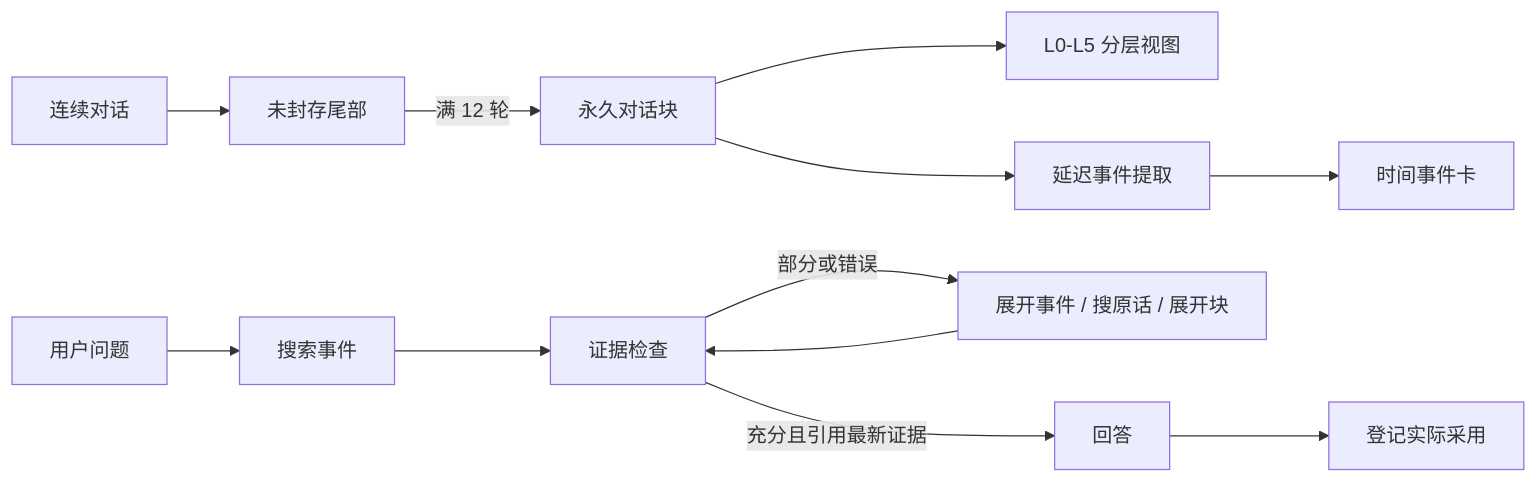
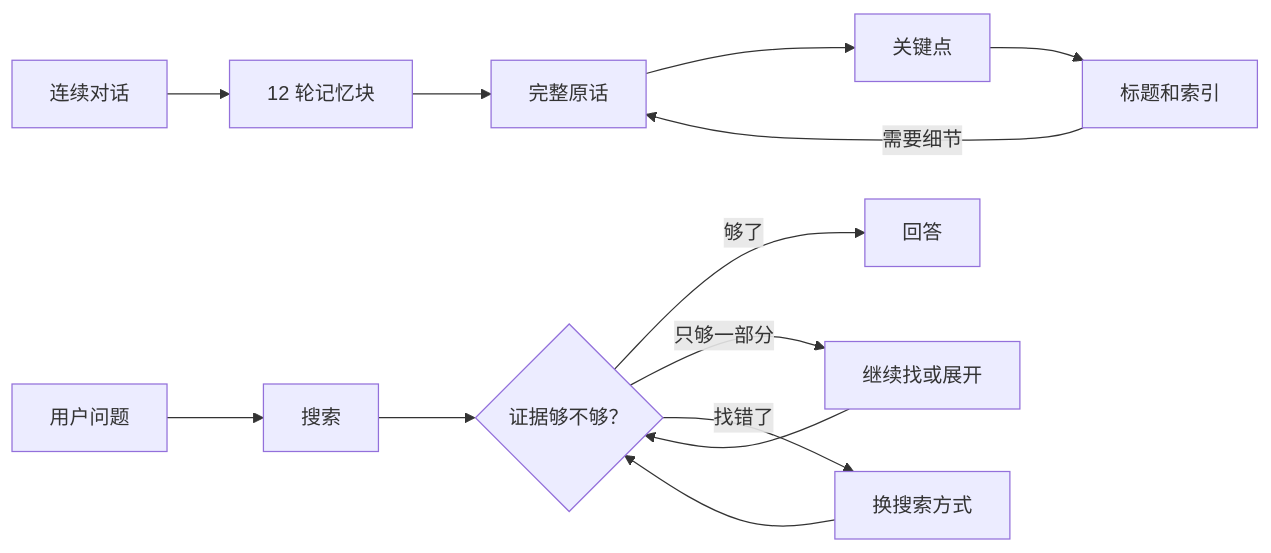
The diagram in README.zh-CN.md (Triple3h/StrataGate-AgentMemory), drawn with Mermaid before and after one commit. The commit also changed other lines of this file and 9 other files, not shown here.

````diff
--- a/README.zh-CN.md
+++ b/README.zh-CN.md
@@ -77,14 +133,16 @@
 ```mermaid
 flowchart LR
-    A["连续对话"] --> B["未封存尾部"]
-    B -->|"满 12 轮"| C["永久对话块"]
-    C --> D["L0-L5 分层视图"]
-    C --> E["延迟事件提取"]
-    E --> F["时间事件卡"]
-    Q["用户问题"] --> G["搜索事件"]
-    G --> H["证据检查"]
-    H -->|"部分或错误"| I["展开事件 / 搜原话 / 展开块"]
-    I --> H
-    H -->|"充分且引用最新证据"| J["回答"]
-    J --> K["登记实际采用"]
+    A["连续对话"] --> B["12 轮记忆块"]
+    B --> C["完整原话"]
+    C --> D["关键点"]
+    D --> E["标题和索引"]
+    E -->|"需要细节"| C
+
+    Q["用户问题"] --> S["搜索"]
+    S --> G{"证据够不够？"}
+    G -->|"够了"| R["回答"]
+    G -->|"只够一部分"| M["继续找或展开"]
+    G -->|"找错了"| N["换搜索方式"]
+    M --> G
+    N --> G
 ```
````
